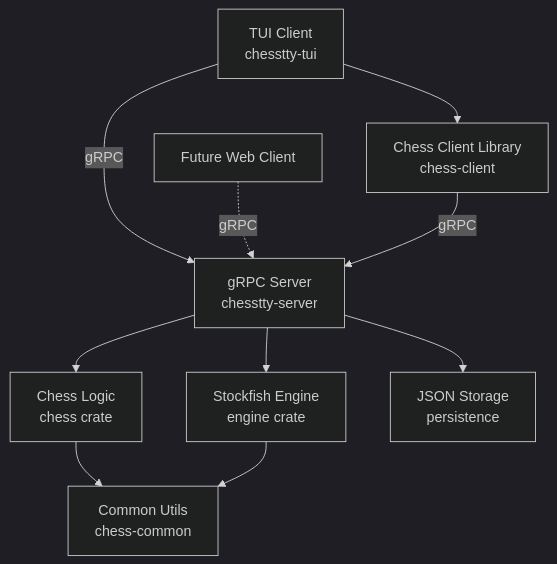
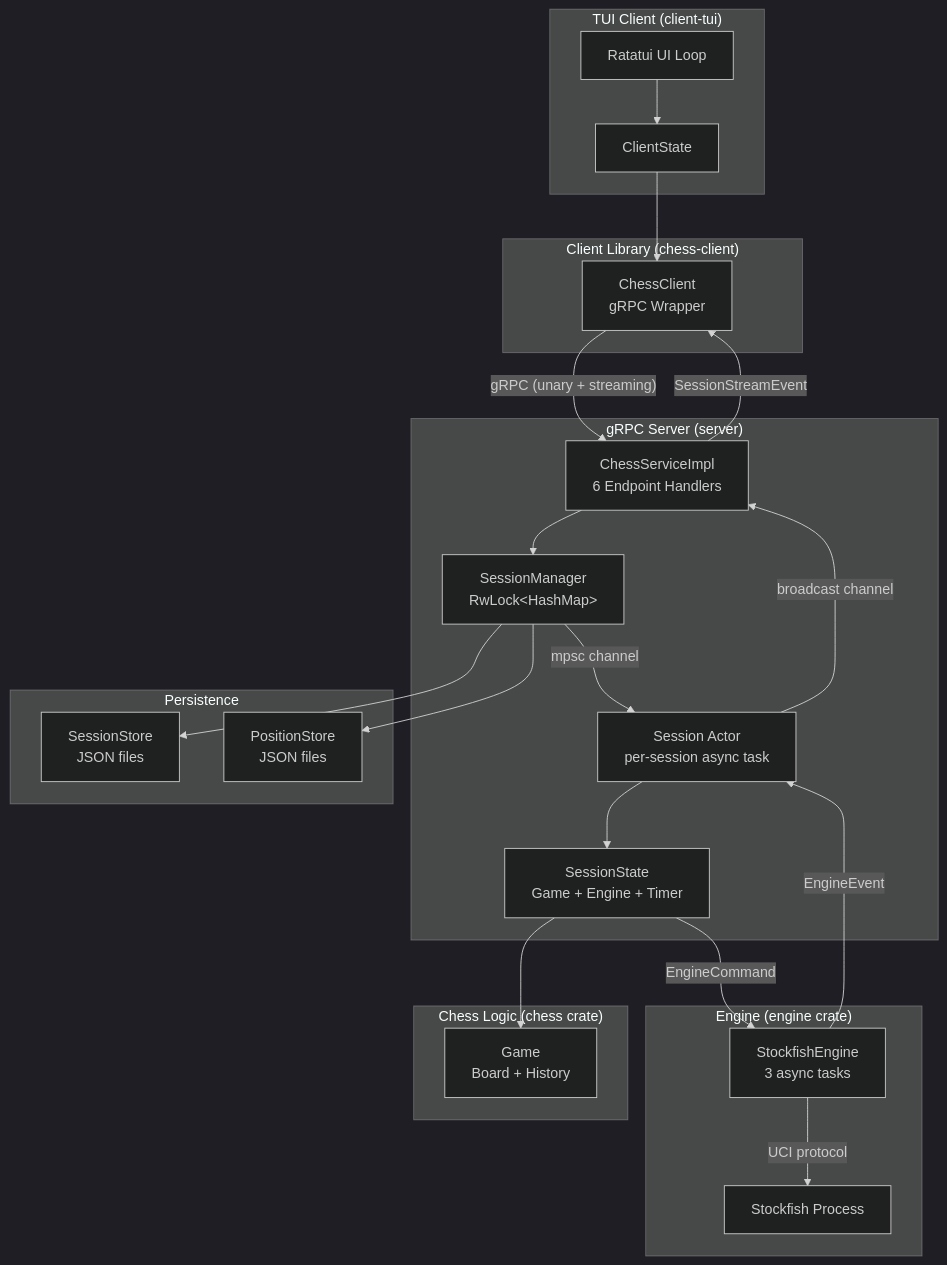
One commit to benediktms/chesstty changed the diagram in README.md. Above: the diagram before and after it, drawn with Mermaid (dark theme). The commit also changed other lines of this file and 6 other files, not shown here.

````diff
--- a/README.md
+++ b/README.md
@@ -9,12 +9,47 @@
 ```mermaid
 graph TB
-    TUI[TUI Client<br/>chesstty-tui] -->|gRPC| Server[gRPC Server<br/>chesstty-server]
-    WebUI[Future Web Client] -.->|gRPC| Server
-    TUI --> ChessClient[Chess Client Library<br/>chess-client]
-    ChessClient -->|gRPC| Server
-    Server --> Chess[Chess Logic<br/>chess crate]
-    Server --> Engine[Stockfish Engine<br/>engine crate]
-    Server --> Persist[JSON Storage<br/>persistence]
-    Chess --> Common[Common Utils<br/>chess-common]
-    Engine --> Common
+    subgraph Client ["TUI Client (client-tui)"]
+        UI[Ratatui UI Loop]
+        CS[ClientState]
+    end
+
+    subgraph ClientLib ["Client Library (chess-client)"]
+        GC[ChessClient<br/>gRPC Wrapper]
+    end
+
+    subgraph Server ["gRPC Server (server)"]
+        SVC[ChessServiceImpl<br/>6 Endpoint Handlers]
+        SM[SessionManager<br/>RwLock&lt;HashMap&gt;]
+        SA[Session Actor<br/>per-session async task]
+        SS[SessionState<br/>Game + Engine + Timer]
+    end
+
+    subgraph Engine ["Engine (engine crate)"]
+        SF[StockfishEngine<br/>3 async tasks]
+        SP[Stockfish Process]
+    end
+
+    subgraph Domain ["Chess Logic (chess crate)"]
+        G[Game<br/>Board + History]
+    end
+
+    subgraph Storage ["Persistence"]
+        PS[SessionStore<br/>JSON files]
+        PP[PositionStore<br/>JSON files]
+    end
+
+    UI --> CS
+    CS --> GC
+    GC -->|"gRPC (unary + streaming)"| SVC
+    SVC --> SM
+    SM -->|"mpsc channel"| SA
+    SA --> SS
+    SS --> G
+    SS -->|"EngineCommand"| SF
+    SF -->|"UCI protocol"| SP
+    SF -->|"EngineEvent"| SA
+    SA -->|"broadcast channel"| SVC
+    SVC -->|"SessionStreamEvent"| GC
+    SM --> PS
+    SM --> PP
 ```
````
